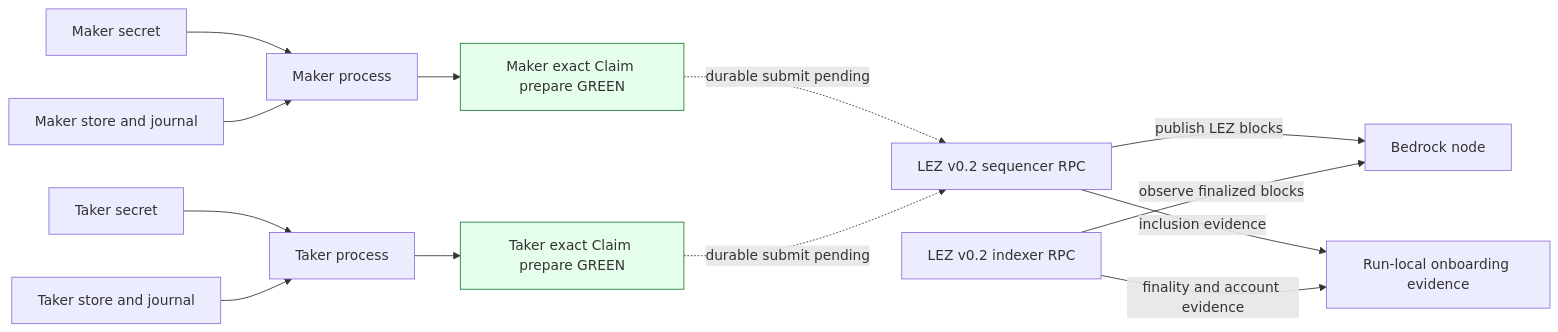
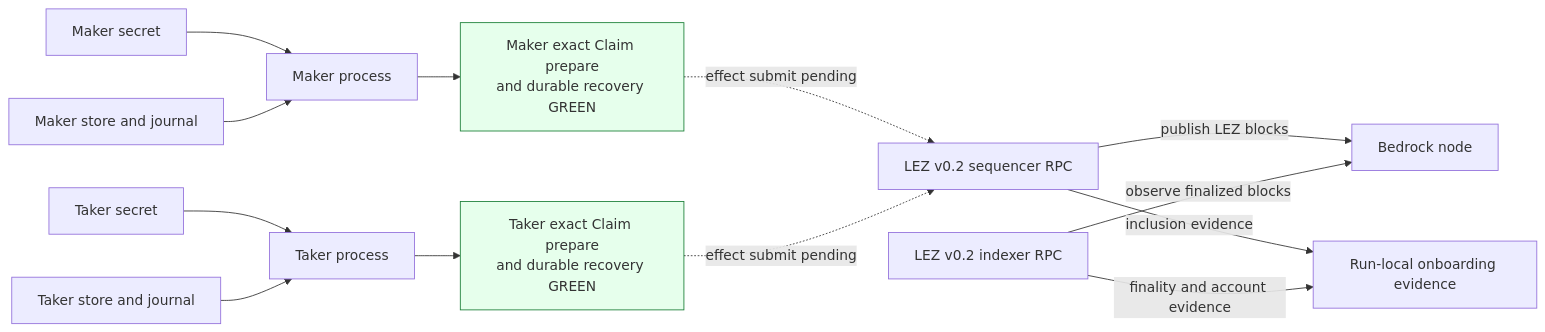
The first of 3 diagrams in docs/architecture/0025-independent-lez-v02-vault-onboarding.md (gateway-fm/lez-atomic-swaps), drawn with Mermaid before and after one commit. The commit also changed other lines of this file and 16 other files, not shown here.

````diff
--- a/docs/architecture/0025-independent-lez-v02-vault-onboarding.md
+++ b/docs/architecture/0025-independent-lez-v02-vault-onboarding.md
@@ -5,31 +5,31 @@
 ```mermaid
 flowchart LR
     Maker["Maker process"]
-    MakerPrepare["Maker exact Claim prepare GREEN"]
+    MakerPrepare["Maker exact Claim prepare<br/>and durable recovery GREEN"]
     MakerSecret["Maker secret"]
     MakerStore["Maker store and journal"]
     Taker["Taker process"]
-    TakerPrepare["Taker exact Claim prepare GREEN"]
+    TakerPrepare["Taker exact Claim prepare<br/>and durable recovery GREEN"]
     TakerSecret["Taker secret"]
     TakerStore["Taker store and journal"]
     Sequencer["LEZ v0.2 sequencer RPC"]
     Bedrock["Bedrock node"]
     Indexer["LEZ v0.2 indexer RPC"]
     Evidence["Run-local onboarding evidence"]
 
     MakerSecret --> Maker
     MakerStore --> Maker
     TakerSecret --> Taker
     TakerStore --> Taker
     Maker --> MakerPrepare
     Taker --> TakerPrepare
-    MakerPrepare -.->|"durable submit pending"| Sequencer
-    TakerPrepare -.->|"durable submit pending"| Sequencer
+    MakerPrepare -.->|"effect submit pending"| Sequencer
+    TakerPrepare -.->|"effect submit pending"| Sequencer
     Sequencer -->|"publish LEZ blocks"| Bedrock
     Indexer -->|"observe finalized blocks"| Bedrock
     Sequencer -->|"inclusion evidence"| Evidence
     Indexer -->|"finality and account evidence"| Evidence
 
     classDef running fill:#e6ffec,stroke:#1a7f37;
     class MakerPrepare,TakerPrepare running;
 ```
````
